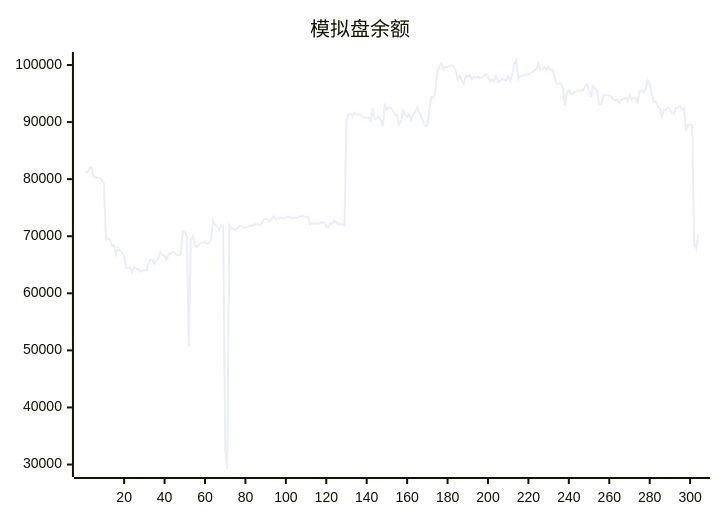
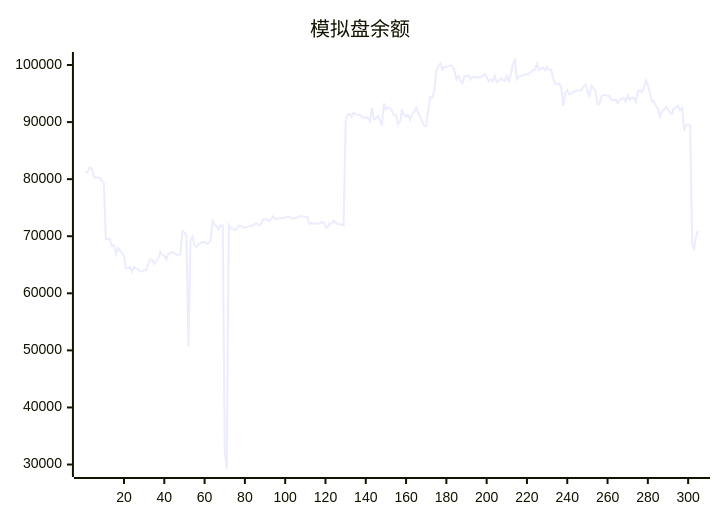
The diagram in README.md (aahl/ai-trading), drawn with Mermaid before and after one commit. The commit also changed other lines of this file and 1 other file, not shown here.

````diff
--- a/README.md
+++ b/README.md
@@ -5,5 +5,5 @@
 ```mermaid
 xychart
     title "模拟盘余额"
-    line [81118,81306,82066,81909,80392,80304,80291,80258,79729,79261,69466,69579,69456,68251,68415,66832,67911,67462,67144,66432,64380,64375,64606,63741,64647,64324,64216,63842,63877,64079,64008,65156,65945,65888,65157,65625,66144,67284,66653,66639,65924,66925,66956,67263,67108,66766,66729,66886,70927,70673,70049,50652,69334,69973,68400,68061,68578,68877,68879,69055,68662,68822,69329,72687,71999,71760,71163,71911,71896,32500,29218,71927,71297,71305,71044,71337,71883,71822,71536,71536,71622,71723,71880,71860,72100,72216,71887,72077,72940,72976,72966,72638,72948,73497,73004,73041,73173,73160,73187,73258,73375,73351,73173,73098,73161,73305,73474,73536,73457,73413,73412,72100,72333,72164,72272,72204,72285,72461,72421,71652,71521,72267,72157,72774,72425,72144,72060,72091,71858,90185,91338,91466,90900,91678,91404,91268,91244,90903,90779,90787,90721,90187,92429,90518,90619,91070,90328,89376,93286,92202,92581,92485,91947,91196,91259,89619,90086,92063,91355,90950,91327,90373,91498,91800,92531,91603,90910,90031,89351,89334,92097,94406,94315,95455,98972,99763,100286,99229,99622,99701,99805,99938,99738,99082,97430,98094,97267,96741,98081,98013,98194,97447,97983,97789,97969,97729,97911,98043,98405,97912,97120,97448,97154,98095,97021,97191,97616,97402,97263,98035,97210,98424,100121,100876,97552,98049,98085,98228,98388,98342,98488,98750,99086,99181,100188,99107,99272,99553,99072,99636,99061,99186,97674,96679,96704,96743,96096,92830,95088,95560,94866,94995,95295,95497,95531,95527,95559,96236,96597,95538,94422,96363,95972,95418,93095,93128,94558,94795,94727,94611,94508,93857,93852,93955,93340,93862,94112,94249,93603,94682,93898,94267,94288,93490,95337,95601,95226,95879,97301,96573,95113,93569,93681,92773,92453,90953,91954,92130,92637,92209,91536,91462,92532,92562,92875,92086,92488,88547,89491,89563,89429,68632,67833,70192]
+    line [81118,81306,82066,81909,80392,80304,80291,80258,79729,79261,69466,69579,69456,68251,68415,66832,67911,67462,67144,66432,64380,64375,64606,63741,64647,64324,64216,63842,63877,64079,64008,65156,65945,65888,65157,65625,66144,67284,66653,66639,65924,66925,66956,67263,67108,66766,66729,66886,70927,70673,70049,50652,69334,69973,68400,68061,68578,68877,68879,69055,68662,68822,69329,72687,71999,71760,71163,71911,71896,32500,29218,71927,71297,71305,71044,71337,71883,71822,71536,71536,71622,71723,71880,71860,72100,72216,71887,72077,72940,72976,72966,72638,72948,73497,73004,73041,73173,73160,73187,73258,73375,73351,73173,73098,73161,73305,73474,73536,73457,73413,73412,72100,72333,72164,72272,72204,72285,72461,72421,71652,71521,72267,72157,72774,72425,72144,72060,72091,71858,90185,91338,91466,90900,91678,91404,91268,91244,90903,90779,90787,90721,90187,92429,90518,90619,91070,90328,89376,93286,92202,92581,92485,91947,91196,91259,89619,90086,92063,91355,90950,91327,90373,91498,91800,92531,91603,90910,90031,89351,89334,92097,94406,94315,95455,98972,99763,100286,99229,99622,99701,99805,99938,99738,99082,97430,98094,97267,96741,98081,98013,98194,97447,97983,97789,97969,97729,97911,98043,98405,97912,97120,97448,97154,98095,97021,97191,97616,97402,97263,98035,97210,98424,100121,100876,97552,98049,98085,98228,98388,98342,98488,98750,99086,99181,100188,99107,99272,99553,99072,99636,99061,99186,97674,96679,96704,96743,96096,92830,95088,95560,94866,94995,95295,95497,95531,95527,95559,96236,96597,95538,94422,96363,95972,95418,93095,93128,94558,94795,94727,94611,94508,93857,93852,93955,93340,93862,94112,94249,93603,94682,93898,94267,94288,93490,95337,95601,95226,95879,97301,96573,95113,93569,93681,92773,92453,90953,91954,92130,92637,92209,91536,91462,92532,92562,92875,92086,92488,88547,89491,89563,89429,68632,67833,70192,70919]
 ```
````
